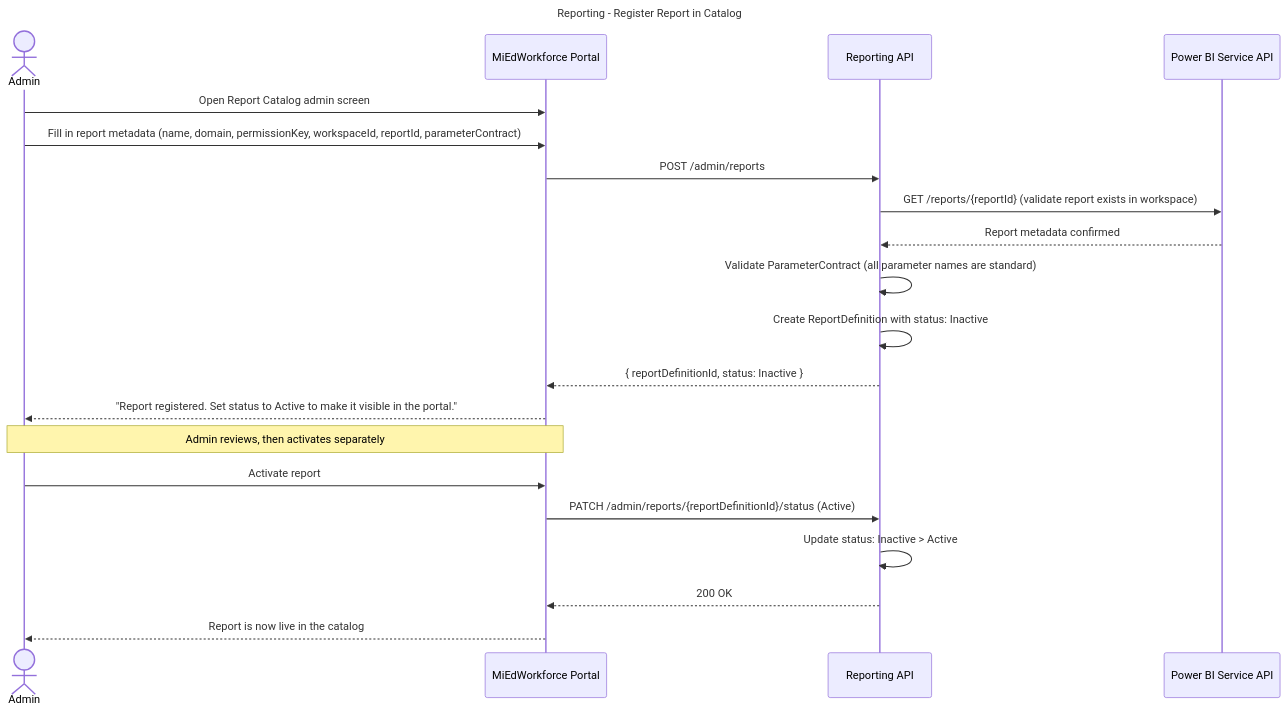
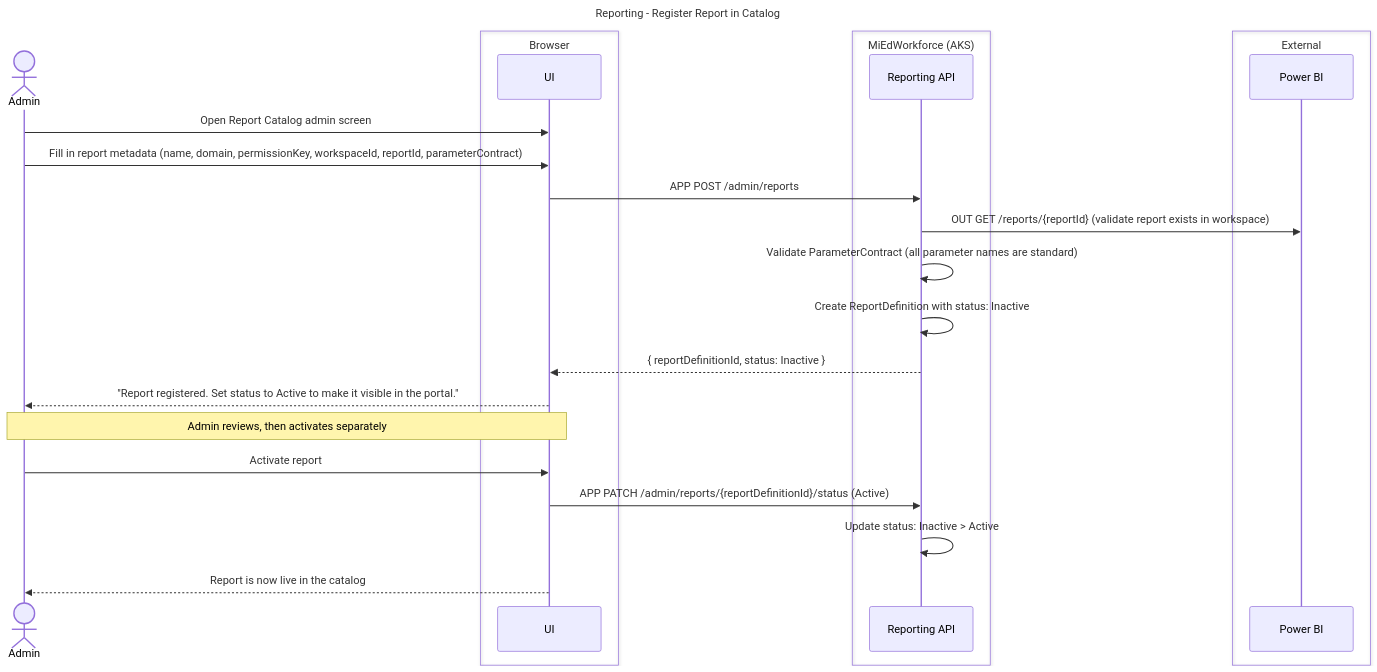
The fifth of 6 diagrams in working-docs/solution-areas/reporting/reporting-sequences.md (mnichols-dl/mied-design), drawn with Mermaid before and after one commit. The commit also changed other lines of this file and 34 other files, not shown here.

Commit message:
Update sequences and perform RTM assessment

````diff
--- a/working-docs/solution-areas/reporting/reporting-sequences.md
+++ b/working-docs/solution-areas/reporting/reporting-sequences.md
@@ -187,30 +208,34 @@
 ```mermaid
 ---
 title: Reporting - Register Report in Catalog
 ---
 sequenceDiagram
     actor Admin
-    participant Portal as MiEdWorkforce Portal
-    participant ReportingAPI as Reporting API
-    participant PowerBI as Power BI Service API
+    box Browser
+    participant UI as UI
+    end
+    box MiEdWorkforce (AKS)
+    participant ReportingApi as Reporting API
+    end
+    box External
+    participant PowerBi as Power BI
+    end
 
-    Admin->>Portal: Open Report Catalog admin screen
-    Admin->>Portal: Fill in report metadata (name, domain, permissionKey, workspaceId, reportId, parameterContract)
-    Portal->>ReportingAPI: POST /admin/reports
+    Admin->>UI: Open Report Catalog admin screen
+    Admin->>UI: Fill in report metadata (name, domain, permissionKey, workspaceId, reportId, parameterContract)
+    UI->>ReportingApi: APP POST /admin/reports
 
-    ReportingAPI->>PowerBI: GET /reports/{reportId} (validate report exists in workspace)
-    PowerBI-->>ReportingAPI: Report metadata confirmed
+    ReportingApi->>PowerBi: OUT GET /reports/{reportId} (validate report exists in workspace)
 
-    ReportingAPI->>ReportingAPI: Validate ParameterContract (all parameter names are standard)
-    ReportingAPI->>ReportingAPI: Create ReportDefinition with status: Inactive
+    ReportingApi->>ReportingApi: Validate ParameterContract (all parameter names are standard)
+    ReportingApi->>ReportingApi: Create ReportDefinition with status: Inactive
 
-    ReportingAPI-->>Portal: { reportDefinitionId, status: Inactive }
-    Portal-->>Admin: "Report registered. Set status to Active to make it visible in the portal."
+    ReportingApi-->>UI: { reportDefinitionId, status: Inactive }
+    UI-->>Admin: "Report registered. Set status to Active to make it visible in the portal."
 
-    Note over Admin,Portal: Admin reviews, then activates separately
-    Admin->>Portal: Activate report
-    Portal->>ReportingAPI: PATCH /admin/reports/{reportDefinitionId}/status (Active)
-    ReportingAPI->>ReportingAPI: Update status: Inactive > Active
-    ReportingAPI-->>Portal: 200 OK
-    Portal-->>Admin: Report is now live in the catalog
+    Note over Admin,UI: Admin reviews, then activates separately
+    Admin->>UI: Activate report
+    UI->>ReportingApi: APP PATCH /admin/reports/{reportDefinitionId}/status (Active)
+    ReportingApi->>ReportingApi: Update status: Inactive > Active
+    UI-->>Admin: Report is now live in the catalog
 ```
````
